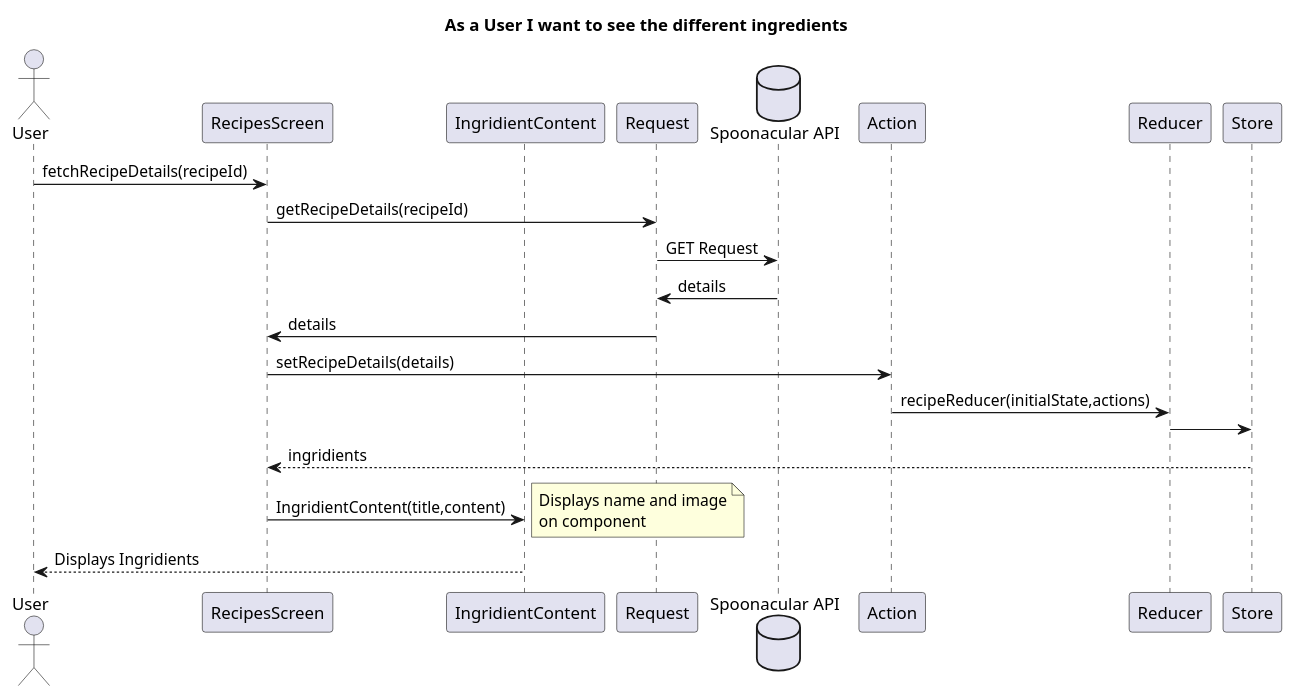
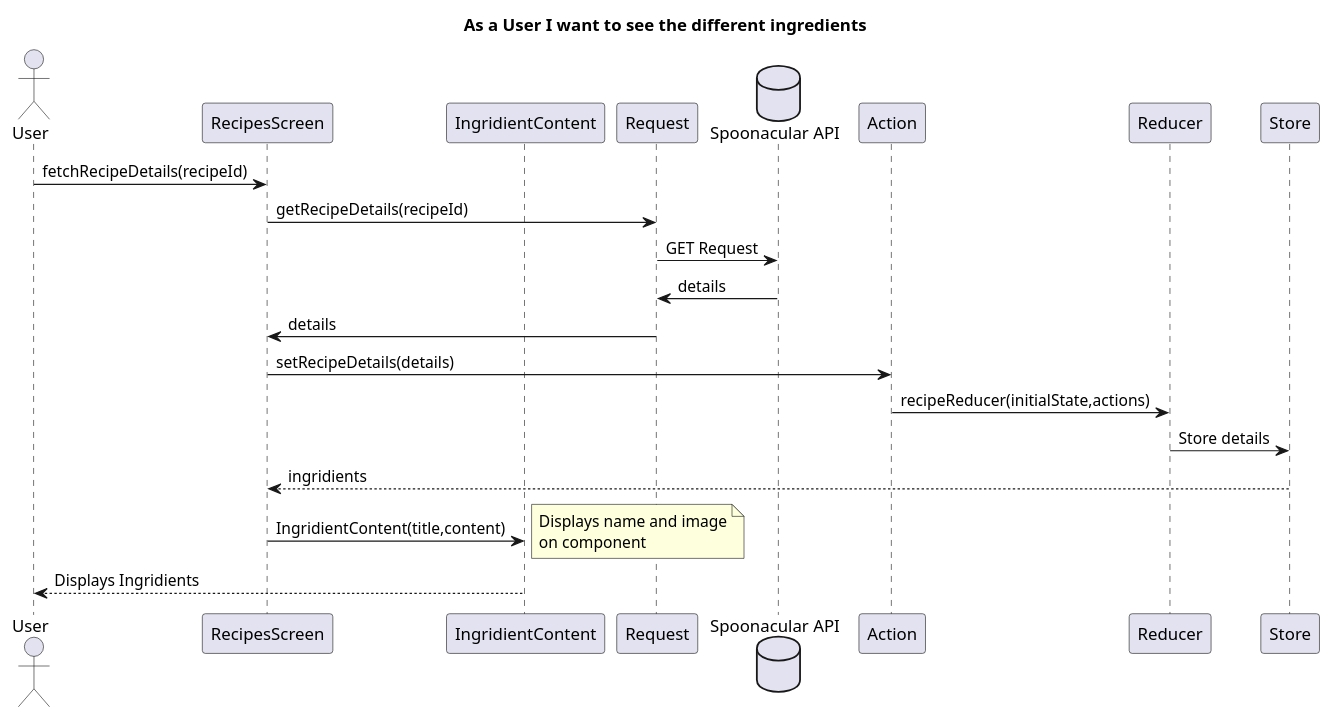
The diagram in OnlineSupertmarket/docs/US/US03/SD.puml (IsepMartimOliveira/DSSMV_ProjectReact_1181754), drawn with PlantUML before and after one commit. The commit also changed 6 other files, not shown here.

```diff
--- a/OnlineSupertmarket/docs/US/US03/SD.puml
+++ b/OnlineSupertmarket/docs/US/US03/SD.puml
@@ -1,27 +1,27 @@
 @startuml
 title As a User I want to see the different ingredients
 
 actor User as User
 participant "RecipesScreen" as Screen
 participant "IngridientContent" as IC
 participant "Request" as Request
 database "Spoonacular API" as Server
 participant "Action" as AR
 participant "Reducer" as RD
 participant "Store" as Store
 User -> Screen:fetchRecipeDetails(recipeId)
 Screen->Request:getRecipeDetails(recipeId)
 Request->Server:GET Request
 Server->Request:details
 Request->Screen:details
 Screen->AR:setRecipeDetails(details)
 AR->RD:recipeReducer(initialState,actions)
-RD->Store
+RD->Store: Store details
 Store-->Screen:ingridients
 Screen->IC:IngridientContent(title,content)
 note right
 Displays name and image
 on component
 end note
 IC-->User:Displays Ingridients
 @enduml
```
